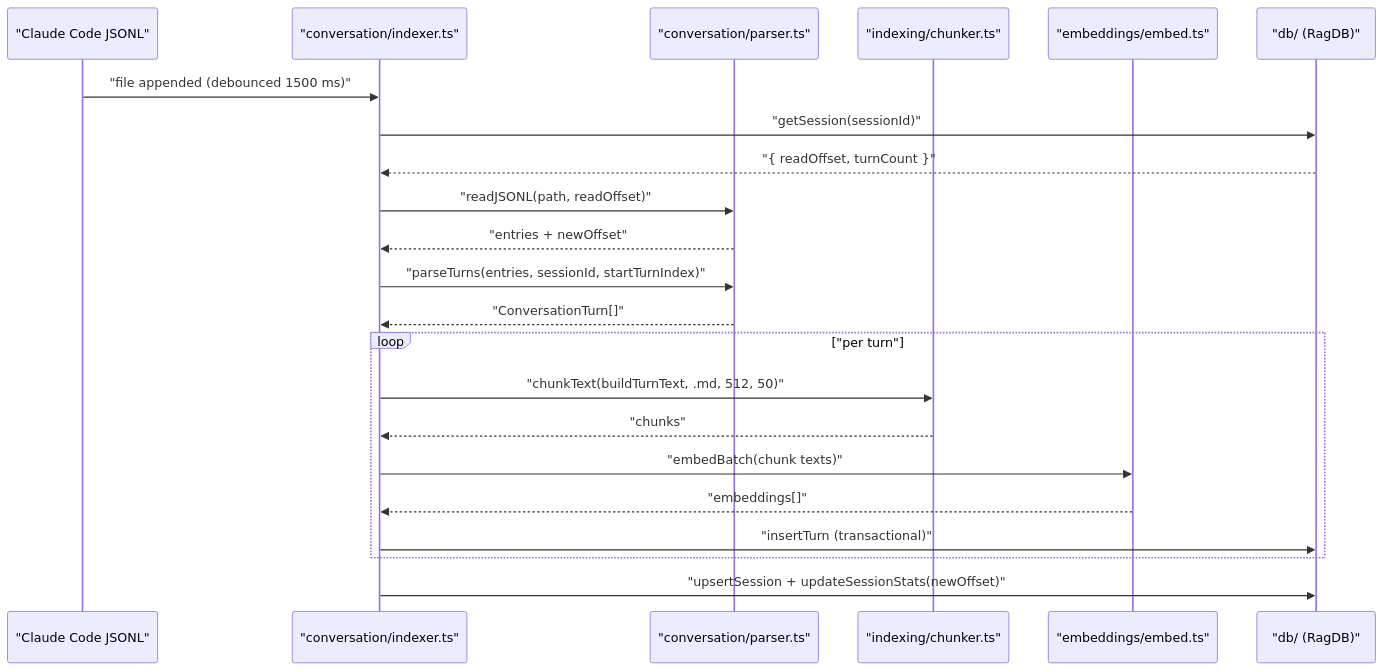
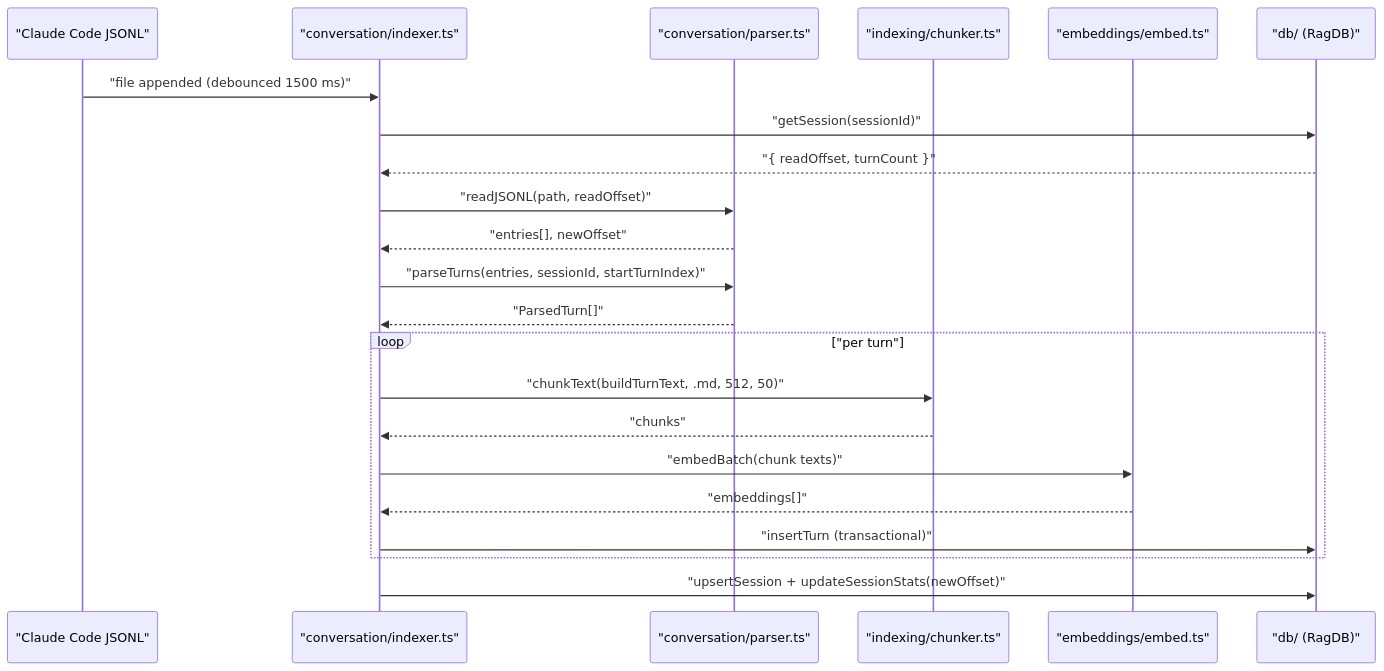
Before and after one commit to TheWinci/mimirs: the third of 4 diagrams in wiki/data-flows.md, drawn with Mermaid. The commit also changed other lines of this file and 33 other files, not shown here.

````diff
--- a/wiki/data-flows.md
+++ b/wiki/data-flows.md
@@ -102,25 +115,25 @@
 ```mermaid
 sequenceDiagram
   participant fs as "Claude Code JSONL"
   participant tail as "conversation/indexer.ts"
   participant parser as "conversation/parser.ts"
   participant chunker as "indexing/chunker.ts"
   participant embed as "embeddings/embed.ts"
   participant db as "db/ (RagDB)"
 
   fs->>tail: "file appended (debounced 1500 ms)"
   tail->>db: "getSession(sessionId)"
   db-->>tail: "{ readOffset, turnCount }"
   tail->>parser: "readJSONL(path, readOffset)"
-  parser-->>tail: "entries + newOffset"
+  parser-->>tail: "entries[], newOffset"
   tail->>parser: "parseTurns(entries, sessionId, startTurnIndex)"
-  parser-->>tail: "ConversationTurn[]"
+  parser-->>tail: "ParsedTurn[]"
   loop "per turn"
     tail->>chunker: "chunkText(buildTurnText, .md, 512, 50)"
     chunker-->>tail: "chunks"
     tail->>embed: "embedBatch(chunk texts)"
     embed-->>tail: "embeddings[]"
     tail->>db: "insertTurn (transactional)"
   end
   tail->>db: "upsertSession + updateSessionStats(newOffset)"
 ```
````
